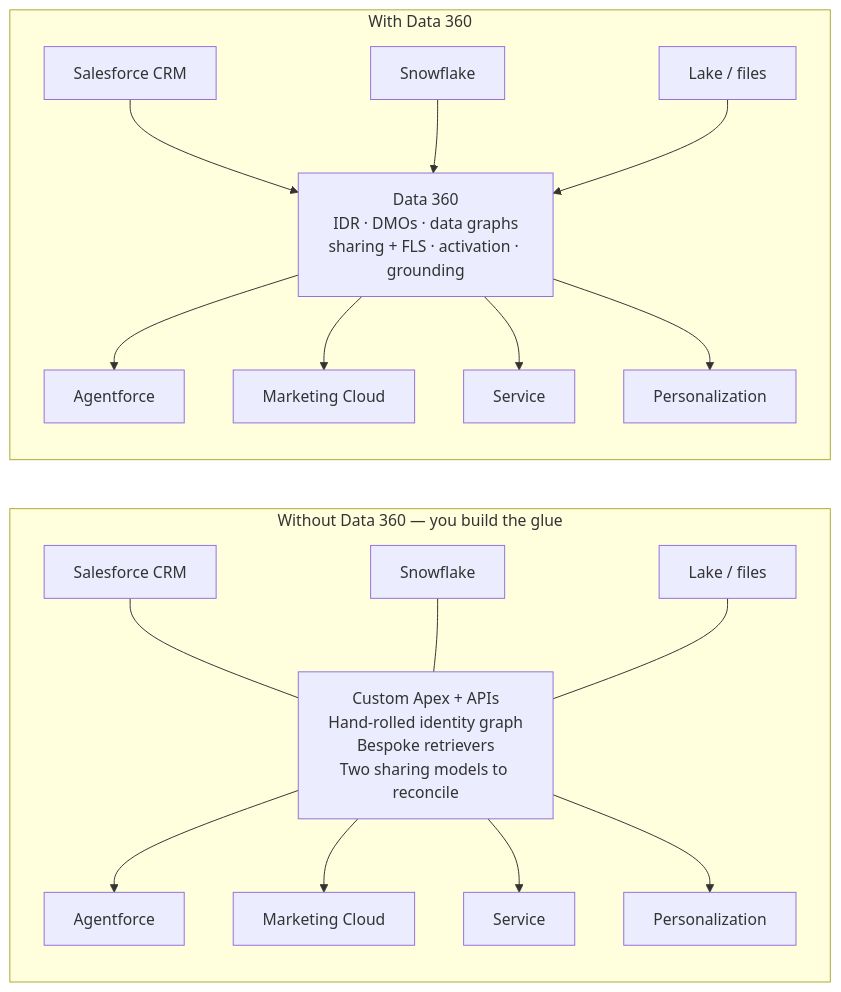
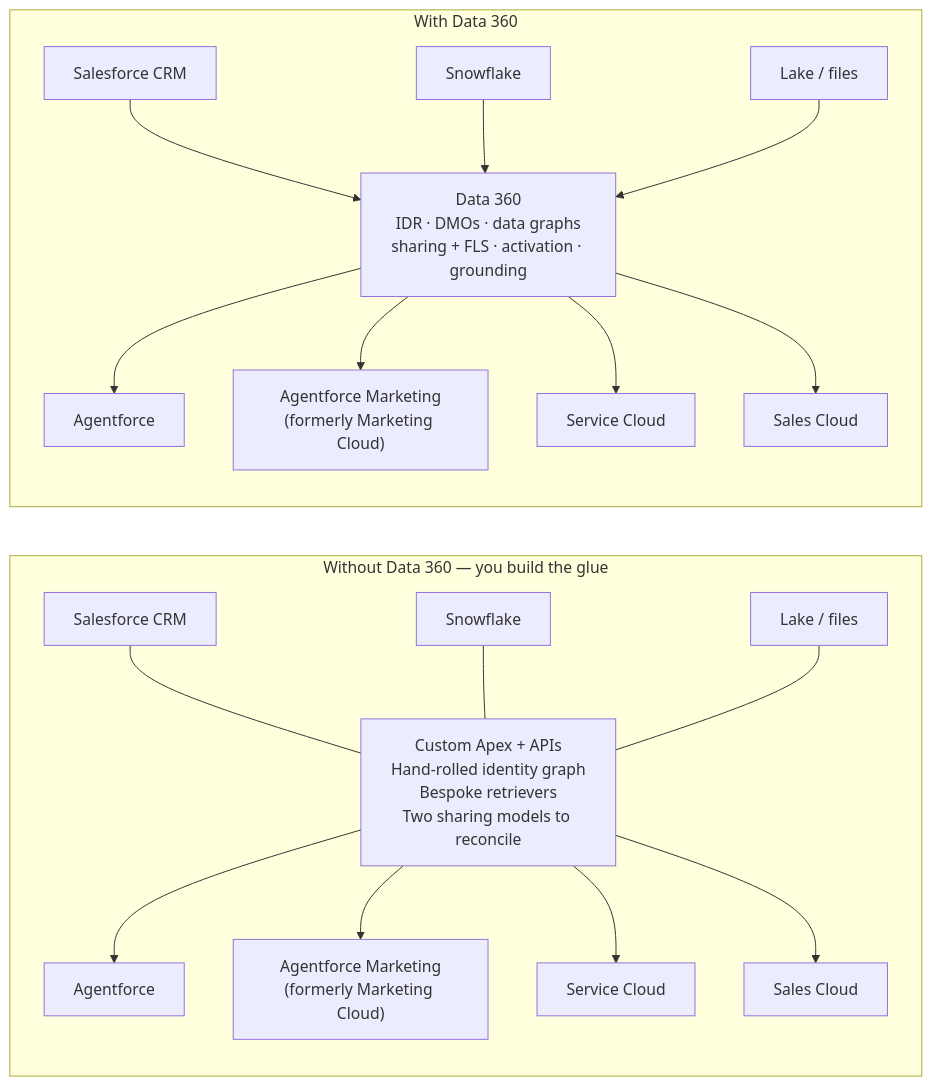
The sixth of 7 diagrams in snowflake101.md (venkatviswa/101-guides), drawn with Mermaid before and after one commit. The commit also changed other lines of this file, not shown here.

Commit message:
Clarify Data 360 diagram boxes as Salesforce consuming clouds with current names
The four downstream boxes mixed a product (Agentforce), an outdated product
name (Marketing Cloud), a category (Service), and a feature (Personalization).
Make them a consistent set of Salesforce consuming clouds: Agentforce,
Agentforce Marketing (formerly Marketing Cloud), Service Cloud, Sales Cloud.
Add a caption above the diagram that names them explicitly and align the
matching prose bullet with the same terminology.

````diff
--- a/snowflake101.md
+++ b/snowflake101.md
@@ -752,26 +754,26 @@
 ```mermaid
 flowchart LR
     subgraph WO ["Without Data 360 — you build the glue"]
         direction TB
         SF1[Salesforce CRM] --- CUSTOM
         SNOW1[Snowflake] --- CUSTOM
         LAKE1[Lake / files] --- CUSTOM
         CUSTOM["Custom Apex + APIs<br/>Hand-rolled identity graph<br/>Bespoke retrievers<br/>Two sharing models to reconcile"]
         CUSTOM --> AF1[Agentforce]
-        CUSTOM --> MC1[Marketing Cloud]
-        CUSTOM --> SVC1[Service]
-        CUSTOM --> PERS1[Personalization]
+        CUSTOM --> AM1["Agentforce Marketing<br/>(formerly Marketing Cloud)"]
+        CUSTOM --> SVC1[Service Cloud]
+        CUSTOM --> SAL1[Sales Cloud]
     end
 
     subgraph WITH ["With Data 360"]
         direction TB
         SF2[Salesforce CRM] --> D360
         SNOW2[Snowflake] --> D360
         LAKE2[Lake / files] --> D360
         D360["Data 360<br/>IDR · DMOs · data graphs<br/>sharing + FLS · activation · grounding"]
         D360 --> AF2[Agentforce]
-        D360 --> MC2[Marketing Cloud]
-        D360 --> SVC2[Service]
-        D360 --> PERS2[Personalization]
+        D360 --> AM2["Agentforce Marketing<br/>(formerly Marketing Cloud)"]
+        D360 --> SVC2[Service Cloud]
+        D360 --> SAL2[Sales Cloud]
     end
 ```
````
